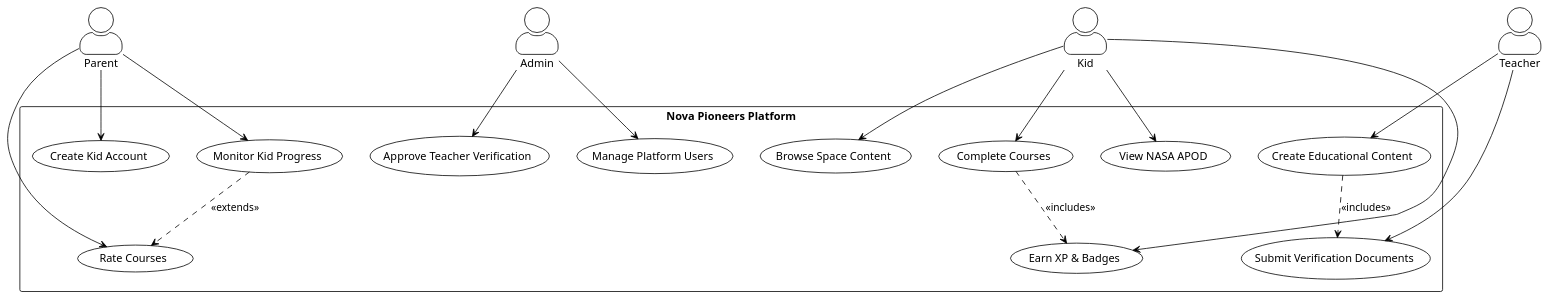
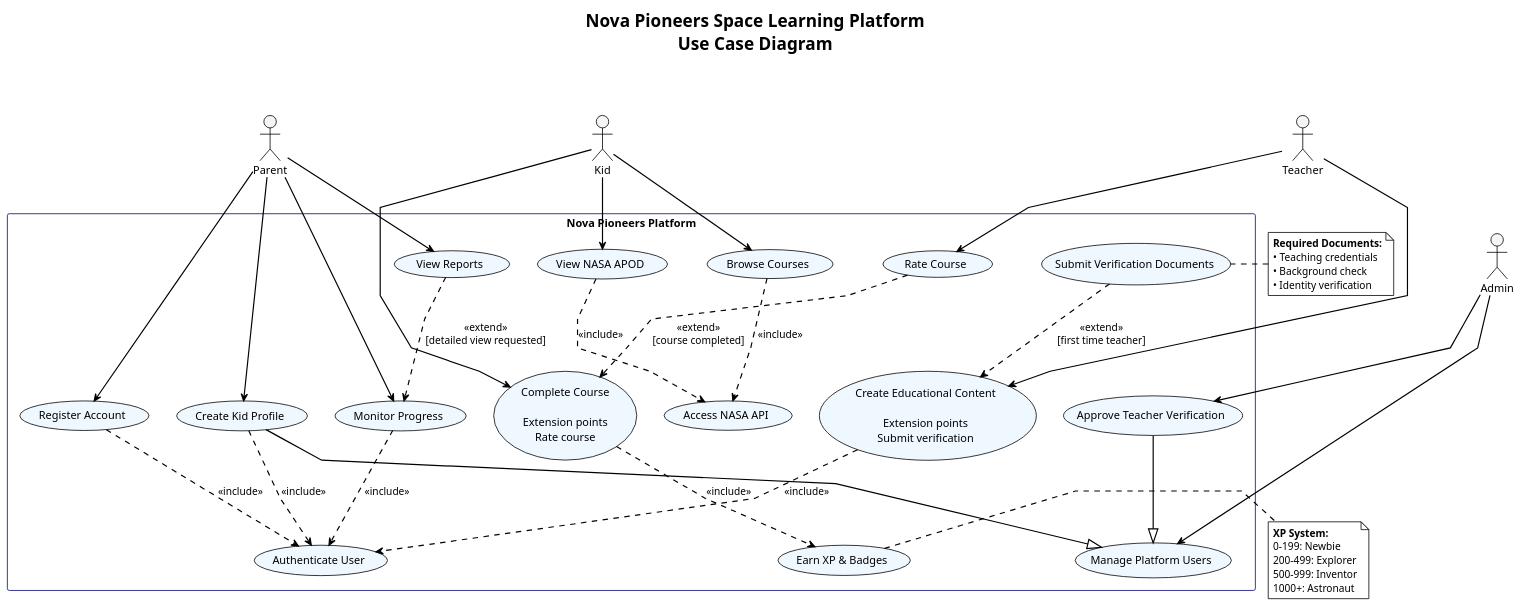
One commit to m-elhamlaoui/development-platform-nova-pioneers changed the diagram in Report/uml/usecase.puml. Above: the diagram before and after it, drawn with PlantUML. The commit also changed 1 other file, not shown here.

```diff
--- a/Report/uml/usecase.puml
+++ b/Report/uml/usecase.puml
@@ -1,48 +1,96 @@
-@startuml "Nova Pioneers - Use Case Diagram"
+@startuml Nova_Pioneers_Clean_Fixed
 !theme plain
-skinparam actorStyle awesome
+skinparam packageStyle rectangle
+skinparam usecaseBackgroundColor #F0F8FF
+skinparam actorBackgroundColor #F5F5F5
+skinparam packageBackgroundColor #FFFFFF
+skinparam packageBorderColor #000080
+skinparam arrowThickness 1.5
+skinparam linetype polyline
 
-actor "Kid" as kid
-actor "Parent" as parent
-actor "Teacher" as teacher
-actor "Admin" as admin
+title Nova Pioneers Space Learning Platform\nUse Case Diagram\n\n
 
-rectangle "Nova Pioneers Platform" {
-  usecase "Browse Space Content" as UC1
-  usecase "Complete Courses" as UC2
-  usecase "Earn XP & Badges" as UC3
-  usecase "Create Kid Account" as UC4
-  usecase "Monitor Kid Progress" as UC5
-  usecase "Rate Courses" as UC6
-  usecase "Create Educational Content" as UC7
-  usecase "Submit Verification Documents" as UC8
-  usecase "Approve Teacher Verification" as UC9
-  usecase "Manage Platform Users" as UC10
-  usecase "View NASA APOD" as UC11
+' Actors
+actor "Parent" as Parent
+actor "Kid" as Kid
+actor "Teacher" as Teacher
+actor "Admin" as Admin
+
+' System boundary
+package "Nova Pioneers Platform" {
+
+  ' Use cases with extension points where needed
+  usecase "Register Account" as Register
+  usecase "Create Kid Profile" as CreateProfile
+  usecase "Monitor Progress" as Monitor
+  usecase "View Reports" as ViewReports
+
+  usecase "Browse Courses" as Browse
+  usecase "Complete Course\n\nExtension points\nRate course" as Complete
+  usecase "View NASA APOD" as ViewAPOD
+  usecase "Earn XP & Badges" as EarnXP
+
+  usecase "Create Educational Content\n\nExtension points\nSubmit verification" as CreateContent
+  usecase "Submit Verification Documents" as SubmitDocs
+  usecase "Rate Course" as RateCourse
+
+  usecase "Approve Teacher Verification" as ApproveTeacher
+  usecase "Manage Platform Users" as ManageUsers
+
+  ' System use cases
+  usecase "Authenticate User" as Auth
+  usecase "Access NASA API" as AccessNASA
+
 }
 
-' Kid relationships
-kid --> UC1
-kid --> UC2
-kid --> UC3
-kid --> UC11
+' Actor associations
+Parent --> Register
+Parent --> CreateProfile
+Parent --> Monitor
+Parent --> ViewReports
 
-' Parent relationships
-parent --> UC4
-parent --> UC5
-parent --> UC6
+Kid --> Browse
+Kid --> Complete
+Kid --> ViewAPOD
 
-' Teacher relationships
-teacher --> UC7
-teacher --> UC8
+Teacher --> CreateContent
+Teacher --> RateCourse
 
-' Admin relationships
-admin --> UC9
-admin --> UC10
+Admin --> ApproveTeacher
+Admin --> ManageUsers
 
-' Use case relationships
-UC2 ..> UC3 : <<includes>>
-UC5 ..> UC6 : <<extends>>
-UC7 ..> UC8 : <<includes>>
+' Include relationships (mandatory)
+Register ..> Auth : <<include>>
+CreateProfile ..> Auth : <<include>>
+Monitor ..> Auth : <<include>>
+CreateContent ..> Auth : <<include>>
+Complete ..> EarnXP : <<include>>
+ViewAPOD ..> AccessNASA : <<include>>
+Browse ..> AccessNASA : <<include>>
+
+' Extend relationships (optional) - proper direction
+RateCourse ..> Complete : <<extend>>\n[course completed]
+ViewReports ..> Monitor : <<extend>>\n[detailed view requested]
+SubmitDocs ..> CreateContent : <<extend>>\n[first time teacher]
+
+' Generalization
+CreateProfile --|> ManageUsers
+ApproveTeacher --|> ManageUsers
+
+' Notes
+note right of EarnXP
+  **XP System:**
+  0-199: Newbie
+  200-499: Explorer
+  500-999: Inventor
+  1000+: Astronaut
+end note
+
+note left of SubmitDocs
+  **Required Documents:**
+  • Teaching credentials
+  • Background check
+  • Identity verification
+end note
 
 @enduml
```
